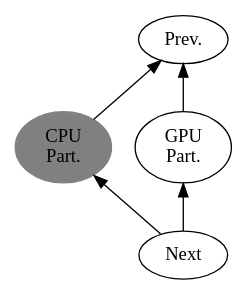
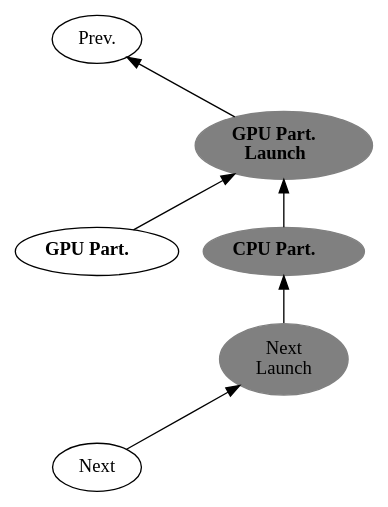
The diagram in docs/figures/task_graph.dot (ResearchRep/USM-TP), drawn with Graphviz before and after one commit. The commit also changed 7 other files, not shown here.

```diff
--- a/docs/figures/task_graph.dot
+++ b/docs/figures/task_graph.dot
@@ -1,12 +1,20 @@
 digraph G {
     rankdir="BT"
-    C [label="CPU\nPart." color="gray" style="filled"]
-    G [label="GPU\nPart." group="g"]
+    C [label=<<B>CPU Part.</B>> color="gray" style="filled" group="c"]
+    G [label=<<B>GPU Part.</B>> group="g"]
     P [label="Prev." group="g"]
     N [label="Next" group="g"]
 
-    N -> G
-    N -> C
-    G -> P
-    C -> P
+    LG [label=<<B>GPU Part.<br/>Launch</B>> style="filled" color="gray" group="c"]
+    LN [label="Next\nLaunch" style="filled" color="gray" group="c"]
+
+    LN -> C
+    C -> LG
+    LG -> P
+
+    G -> LG
+    N -> LN
+
+    N -> G [color="transparent"]
+    G -> P [color="transparent"]
 }
```
